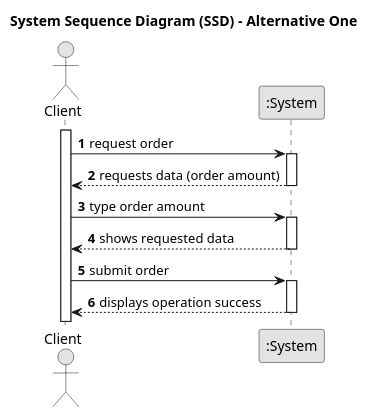
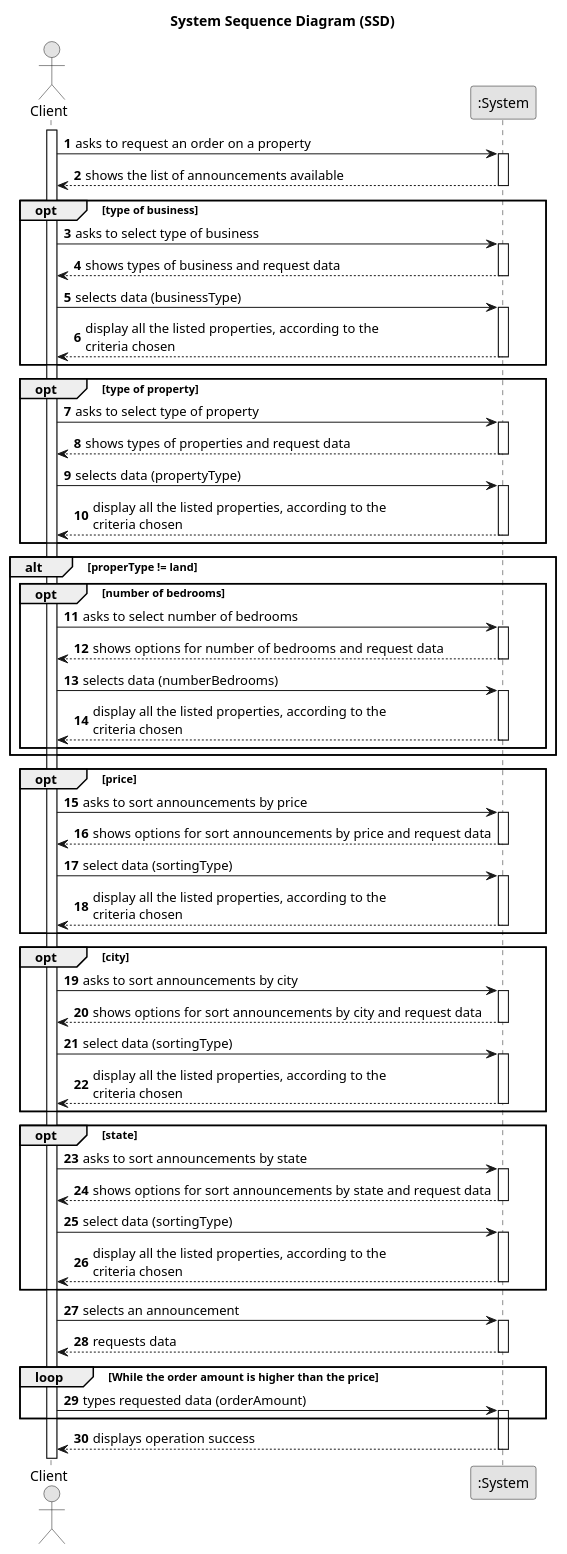
Before and after one commit to rita-barbosa/LAPR2-2223: the diagram in docs/sprintC/us010/01.requirements-engineering/puml/us010-system-sequence-diagram.puml, drawn with PlantUML. The commit also changed 5 other files, not shown here.

```diff
--- a/docs/sprintC/us010/01.requirements-engineering/puml/us010-system-sequence-diagram.puml
+++ b/docs/sprintC/us010/01.requirements-engineering/puml/us010-system-sequence-diagram.puml
@@ -1,35 +1,127 @@
 @startuml
 skinparam monochrome true
 skinparam packageStyle rectangle
 skinparam shadowing false
 
-title System Sequence Diagram (SSD) - Alternative One
+title System Sequence Diagram (SSD)
 
 autonumber
 
 actor "Client" as Client
 participant ":System" as System
 
 activate Client
 
-    Client -> System : request order
-    activate System
+    Client -> System : asks to request an order on a property
+               activate System
 
-        System --> Client : requests data (order amount)
-    deactivate System
+           System --> Client : shows the list of announcements available
+               deactivate System
 
-    Client -> System : type order amount
-    activate System
+           opt type of business
+                   Client -> System : asks to select type of business
+                   activate System
 
-        System --> Client : shows requested data
-    deactivate System
+                   System --> Client : shows types of business and request data
+                   deactivate System
 
-    Client -> System : submit order
-    activate System
+                   Client -> System : selects data (businessType)
+                   activate System
 
-        System --> Client : displays operation success
-    deactivate System
+                   System --> Client : display all the listed properties, according to the \ncriteria chosen
+                   deactivate System
+               end
+
+               opt type of property
+                   Client -> System : asks to select type of property
+                   activate System
+
+                   System --> Client : shows types of properties and request data
+                   deactivate System
+
+                   Client -> System : selects data (propertyType)
+                   activate System
+
+                   System --> Client : display all the listed properties, according to the \ncriteria chosen
+                   deactivate System
+               end
+
+               alt properType != land
+
+                   opt number of bedrooms
+                       Client -> System : asks to select number of bedrooms
+                       activate System
+
+                       System --> Client : shows options for number of bedrooms and request data
+                       deactivate System
+
+                       Client -> System : selects data (numberBedrooms)
+                       activate System
+
+                       System --> Client : display all the listed properties, according to the \ncriteria chosen
+                       deactivate System
+                   end
+
+               end
+
+               opt price
+                   Client -> System : asks to sort announcements by price
+                   activate System
+
+                   System --> Client : shows options for sort announcements by price and request data
+                   deactivate System
+
+                   Client -> System : select data (sortingType)
+                   activate System
+
+                   System --> Client : display all the listed properties, according to the \ncriteria chosen
+                   deactivate System
+               end
+
+               opt city
+                   Client -> System : asks to sort announcements by city
+                   activate System
+
+                   System --> Client : shows options for sort announcements by city and request data
+                   deactivate System
+
+                   Client -> System : select data (sortingType)
+                   activate System
+
+                   System --> Client : display all the listed properties, according to the \ncriteria chosen
+                   deactivate System
+               end
+
+               opt state
+                   Client -> System : asks to sort announcements by state
+                   activate System
+
+                   System --> Client :  shows options for sort announcements by state and request data
+                   deactivate System
+
+                   Client -> System : select data (sortingType)
+                   activate System
+
+                   System --> Client : display all the listed properties, according to the \ncriteria chosen
+                   deactivate System
+               end
+
+           Client -> System : selects an announcement
+               activate System
+
+           System --> Client : requests data
+               deactivate System
+
+           loop While the order amount is higher than the price
+
+           Client -> System : types requested data (orderAmount)
+               activate System
+
+           end loop
+
+           System --> Client : displays operation success
+               deactivate System
 
 
 
 @enduml
```
